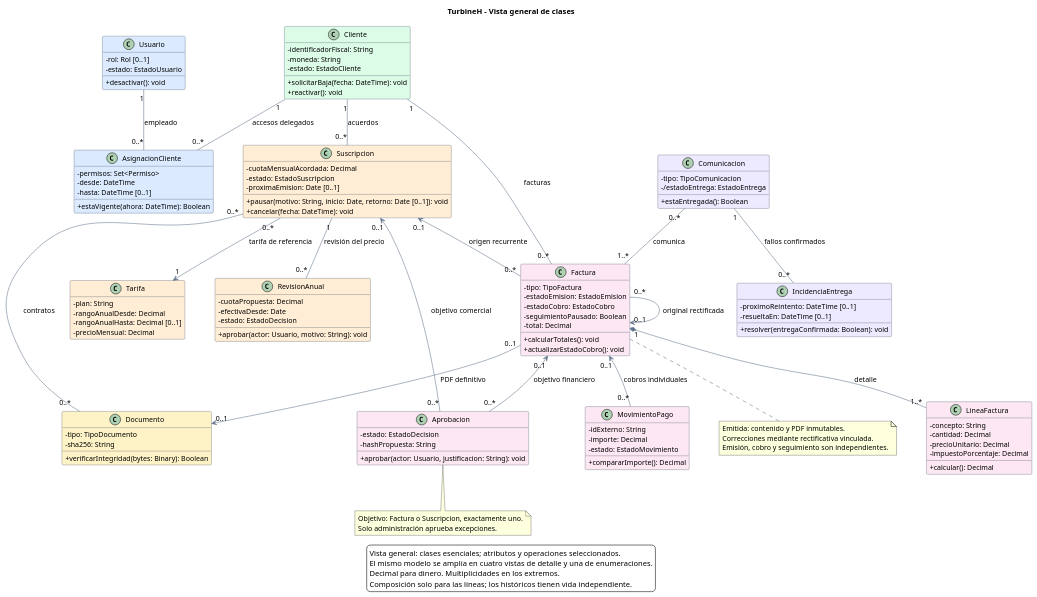
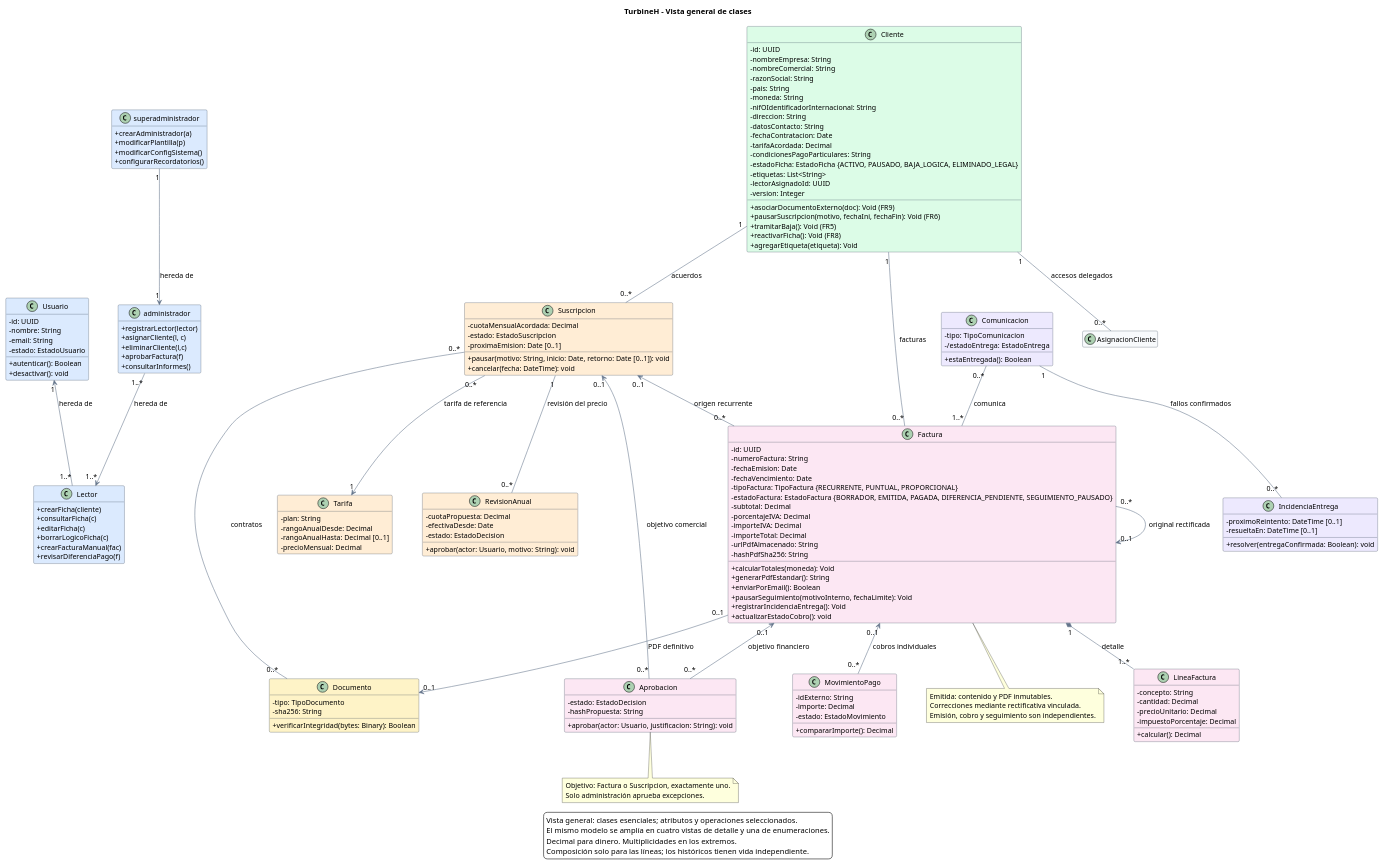
Before and after one commit to HBauty/Metodo-del-caso-ADAp: the diagram in Diagrama_de_Clases.puml, drawn with PlantUML.

```diff
--- a/Diagrama_de_Clases.puml
+++ b/Diagrama_de_Clases.puml
@@ -1,141 +1,188 @@
 @startuml TurbineH_clases
 ' Vista general del mismo modelo desarrollado en las vistas de detalle.
 ' Solo se muestran clases centrales y operaciones representativas.
 ' UTF-8. Vista autocontenida: no necesita includes ni archivos externos.
 top to bottom direction
 skinparam backgroundColor #FFFFFF
 skinparam shadowing false
 skinparam defaultFontName Arial
 skinparam defaultFontSize 13
 skinparam classAttributeIconSize 0
 skinparam nodesep 55
 skinparam ranksep 65
 skinparam ArrowColor #64748B
 skinparam class {
   BackgroundColor #F8FAFC
   BorderColor #334155
   BackgroundColor<<referencia>> #E2E8F0
   BackgroundColor<<servicio>> #DBEAFE
   BackgroundColor<<control>> #E0E7FF
   BackgroundColor<<adaptador>> #DCFCE7
   BackgroundColor<<inmutable>> #FEF3C7
 }
 hide empty members
 
 title TurbineH - Vista general de clases
 
 class Usuario #DBEAFE {
-  - rol: Rol [0..1]
+  - id: UUID
+  - nombre: String 
+  - email: String
   - estado: EstadoUsuario
+  + autenticar(): Boolean
   + desactivar(): void
 }
-class AsignacionCliente #DBEAFE {
-  - permisos: Set<Permiso>
-  - desde: DateTime
-  - hasta: DateTime [0..1]
-  + estaVigente(ahora: DateTime): Boolean
+class Lector #DBEAFE {
++ crearFicha(cliente)    
+ + consultarFicha(c)        
+ + editarFicha(c)            
+ + borrarLogicoFicha(c)       
+ + crearFacturaManual(fac)      
+ + revisarDiferenciaPago(f)
+}
+class administrador #DBEAFE {
++ registrarLector(lector)  
++ asignarCliente(l, c)     
++ eliminarCliente(l,c)    
++ aprobarFactura(f) 
++ consultarInformes() 
+}
+class superadministrador #DBEAFE {
++ crearAdministrador(a)   
++ modificarPlantilla(p)    
++ modificarConfigSistema() 
++ configurarRecordatorios() 
 }
 class Cliente #DCFCE7 {
-  - identificadorFiscal: String
-  - moneda: String
-  - estado: EstadoCliente
-  + solicitarBaja(fecha: DateTime): void
-  + reactivar(): void
+  - id: UUID                                                                 
+ - nombreEmpresa: String                                                    
+ - nombreComercial: String                                                  
+ - razonSocial: String                                                      
+ - pais: String                                                             
+ - moneda: String                                                           
+ - nifOIdentificadorInternacional: String            
+ - direccion: String                                                        
+ - datosContacto: String                                                    
+ - fechaContratacion: Date                                                  
+ - tarifaAcordada: Decimal                                            
+ - condicionesPagoParticulares: String                                      
+ - estadoFicha: EstadoFicha {ACTIVO, PAUSADO, BAJA_LOGICA, ELIMINADO_LEGAL} 
+ - etiquetas: List<String>                                            
+ - lectorAsignadoId: UUID                                              
+ - version: Integer    
+  + asociarDocumentoExterno(doc): Void (FR9)                                 
+  + pausarSuscripcion(motivo, fechaIni, fechaFin): Void (FR6)                
+  + tramitarBaja(): Void (FR5)                                               
+  + reactivarFicha(): Void (FR8)                                                         
+  + agregarEtiqueta(etiqueta): Void 
 }
 class Suscripcion #FFEDD5 {
   - cuotaMensualAcordada: Decimal
   - estado: EstadoSuscripcion
   - proximaEmision: Date [0..1]
   + pausar(motivo: String, inicio: Date, retorno: Date [0..1]): void
   + cancelar(fecha: DateTime): void
 }
 class Tarifa #FFEDD5 {
   - plan: String
   - rangoAnualDesde: Decimal
   - rangoAnualHasta: Decimal [0..1]
   - precioMensual: Decimal
 }
 class RevisionAnual #FFEDD5 {
   - cuotaPropuesta: Decimal
   - efectivaDesde: Date
   - estado: EstadoDecision
   + aprobar(actor: Usuario, motivo: String): void
 }
 class Factura #FCE7F3 {
-  - tipo: TipoFactura
-  - estadoEmision: EstadoEmision
-  - estadoCobro: EstadoCobro
-  - seguimientoPausado: Boolean
-  - total: Decimal
-  + calcularTotales(): void
+  - id: UUID                                                                 
+  - numeroFactura: String                   
+  - fechaEmision: Date                                                        
+  - fechaVencimiento: Date                                                   
+  - tipoFactura: TipoFactura {RECURRENTE, PUNTUAL, PROPORCIONAL}             
+  - estadoFactura: EstadoFactura {BORRADOR, EMITIDA, PAGADA, DIFERENCIA_PENDIENTE, SEGUIMIENTO_PAUSADO}
+  - subtotal: Decimal                                                 
+  - porcentajeIVA: Decimal                                             
+ - importeIVA: Decimal                                
+- importeTotal: Decimal                                             
+- urlPdfAlmacenado: String                                                 
+- hashPdfSha256: String                                             
+  + calcularTotales(moneda): Void                                
+  + generarPdfEstandar(): String             
+  + enviarPorEmail(): Boolean                                         
+  + pausarSeguimiento(motivoInterno, fechaLimite): Void               
+  + registrarIncidenciaEntrega(): Void 
   + actualizarEstadoCobro(): void
 }
 class LineaFactura #FCE7F3 {
   - concepto: String
   - cantidad: Decimal
   - precioUnitario: Decimal
   - impuestoPorcentaje: Decimal
   + calcular(): Decimal
 }
 class Aprobacion #FCE7F3 {
   - estado: EstadoDecision
   - hashPropuesta: String
   + aprobar(actor: Usuario, justificacion: String): void
 }
 class MovimientoPago #FCE7F3 {
   - idExterno: String
   - importe: Decimal
   - estado: EstadoMovimiento
   + compararImporte(): Decimal
 }
 class Documento #FEF3C7 {
   - tipo: TipoDocumento
   - sha256: String
   + verificarIntegridad(bytes: Binary): Boolean
 }
 class Comunicacion #EDE9FE {
   - tipo: TipoComunicacion
   - /estadoEntrega: EstadoEntrega
   + estaEntregada(): Boolean
 }
 class IncidenciaEntrega #EDE9FE {
   - proximoReintento: DateTime [0..1]
   - resueltaEn: DateTime [0..1]
   + resolver(entregaConfirmada: Boolean): void
 }
 
-Usuario "1" -- "0..*" AsignacionCliente : empleado
+Usuario "1" <-- "1..*" Lector : hereda de
+administrador "1..*" --> "1..*" Lector : hereda de
+superadministrador "1" --> "1" administrador : hereda de
 Cliente "1" -- "0..*" AsignacionCliente : accesos delegados
 Cliente "1" -- "0..*" Suscripcion : acuerdos
 Cliente "1" -- "0..*" Factura : facturas
 Suscripcion "0..*" --> "1" Tarifa : tarifa de referencia
 Suscripcion "1" -- "0..*" RevisionAnual : revisión del precio
 Suscripcion "0..1" <-- "0..*" Factura : origen recurrente
 Factura "1" *-- "1..*" LineaFactura : detalle
 Factura "0..*" --> "0..1" Factura : original rectificada
 Factura "0..1" <-- "0..*" Aprobacion : objetivo financiero
 Suscripcion "0..1" <-- "0..*" Aprobacion : objetivo comercial
 Factura "0..1" <-- "0..*" MovimientoPago : cobros individuales
 Factura "0..1" --> "0..1" Documento : PDF definitivo
 Suscripcion "0..*" -- "0..*" Documento : contratos
 Comunicacion "0..*" -- "1..*" Factura : comunica
 Comunicacion "1" -- "0..*" IncidenciaEntrega : fallos confirmados
 
 note bottom of Aprobacion
   Objetivo: Factura o Suscripcion, exactamente uno.
   Solo administración aprueba excepciones.
 end note
 
 note bottom of Factura
   Emitida: contenido y PDF inmutables.
   Correcciones mediante rectificativa vinculada.
   Emisión, cobro y seguimiento son independientes.
 end note
 
 legend bottom
   Vista general: clases esenciales; atributos y operaciones seleccionados.
   El mismo modelo se amplía en cuatro vistas de detalle y una de enumeraciones.
   Decimal para dinero. Multiplicidades en los extremos.
   Composición solo para las líneas; los históricos tienen vida independiente.
 endlegend
 @enduml
```
